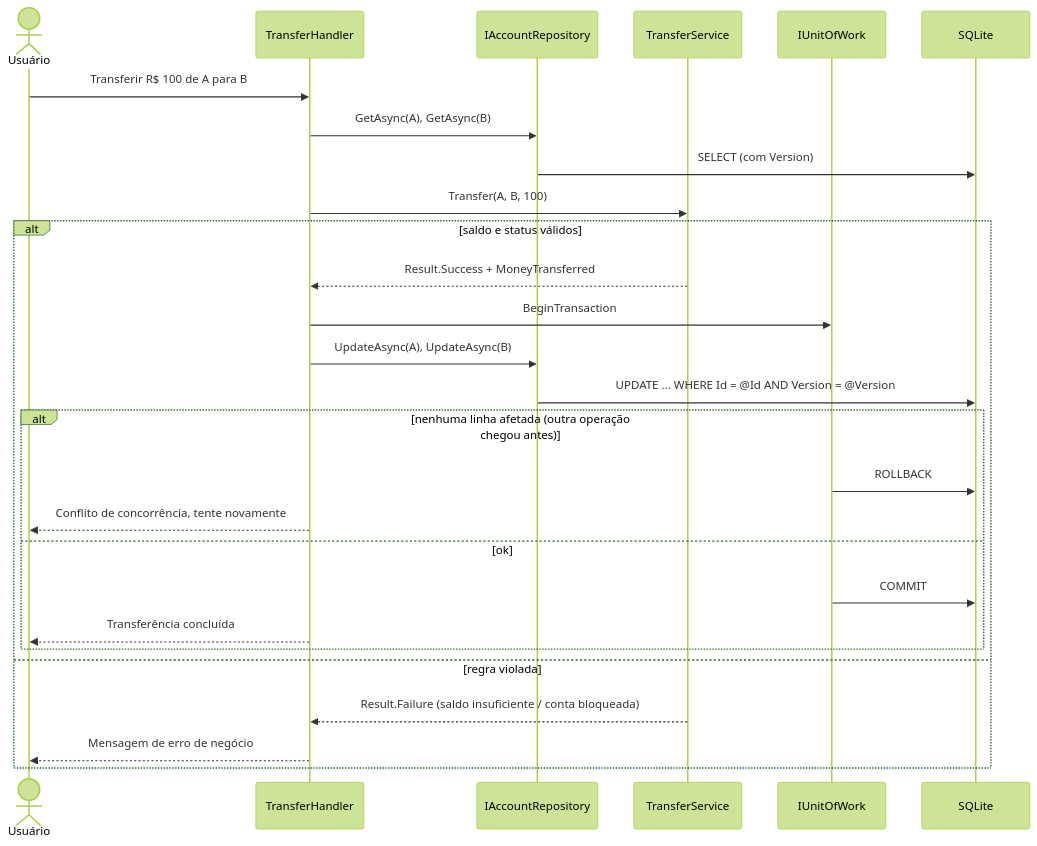
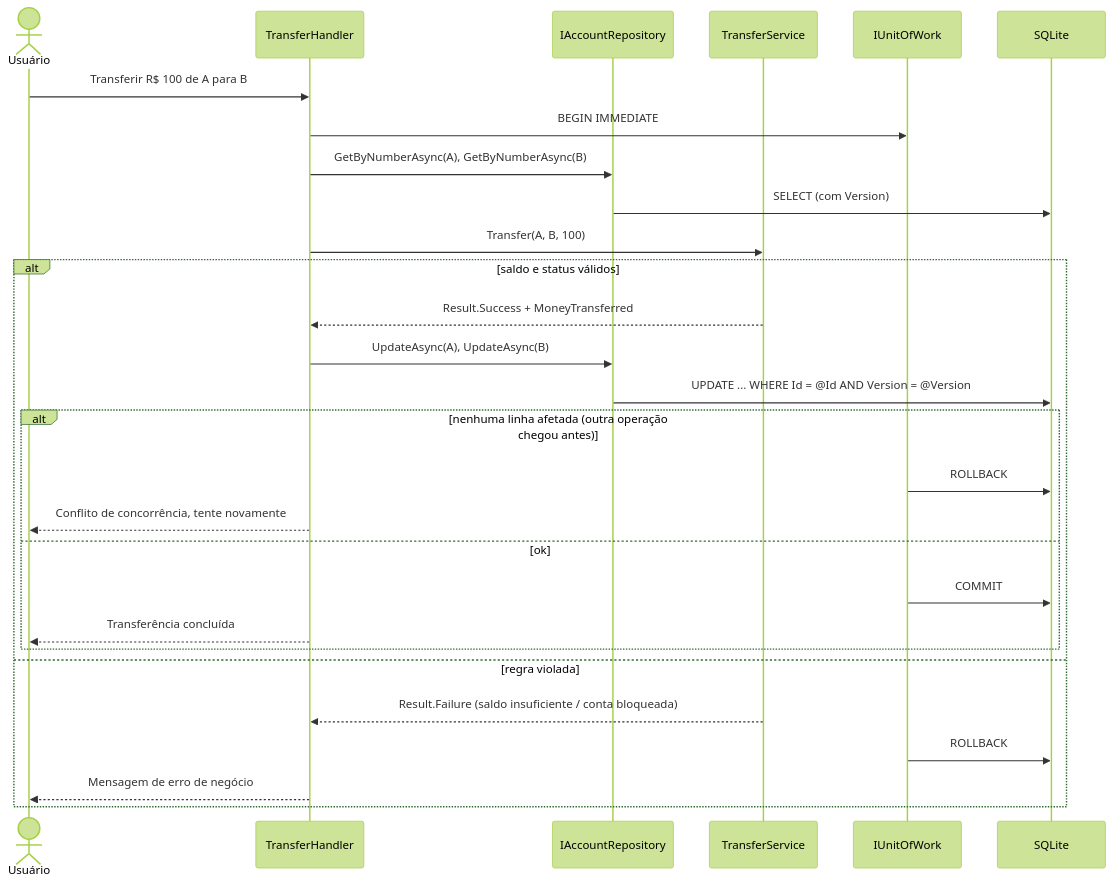
Before and after one commit to GustavoThe01/plutus-ledger: the fourth of 4 diagrams in README.md, drawn with Mermaid (forest theme). The commit also changed other lines of this file and 11 other files, not shown here.

````diff
--- a/README.md
+++ b/README.md
@@ -207,30 +207,31 @@
 ```mermaid
 sequenceDiagram
     actor U as Usuário
     participant H as TransferHandler
     participant R as IAccountRepository
     participant T as TransferService
     participant UoW as IUnitOfWork
     participant DB as SQLite
 
     U->>H: Transferir R$ 100 de A para B
-    H->>R: GetAsync(A), GetAsync(B)
+    H->>UoW: BEGIN IMMEDIATE
+    H->>R: GetByNumberAsync(A), GetByNumberAsync(B)
     R->>DB: SELECT (com Version)
     H->>T: Transfer(A, B, 100)
     alt saldo e status válidos
         T-->>H: Result.Success + MoneyTransferred
-        H->>UoW: BeginTransaction
         H->>R: UpdateAsync(A), UpdateAsync(B)
         R->>DB: UPDATE ... WHERE Id = @Id AND Version = @Version
         alt nenhuma linha afetada (outra operação chegou antes)
             UoW->>DB: ROLLBACK
             H-->>U: Conflito de concorrência, tente novamente
         else ok
             UoW->>DB: COMMIT
             H-->>U: Transferência concluída
         end
     else regra violada
         T-->>H: Result.Failure (saldo insuficiente / conta bloqueada)
+        UoW->>DB: ROLLBACK
         H-->>U: Mensagem de erro de negócio
     end
 ```
````
